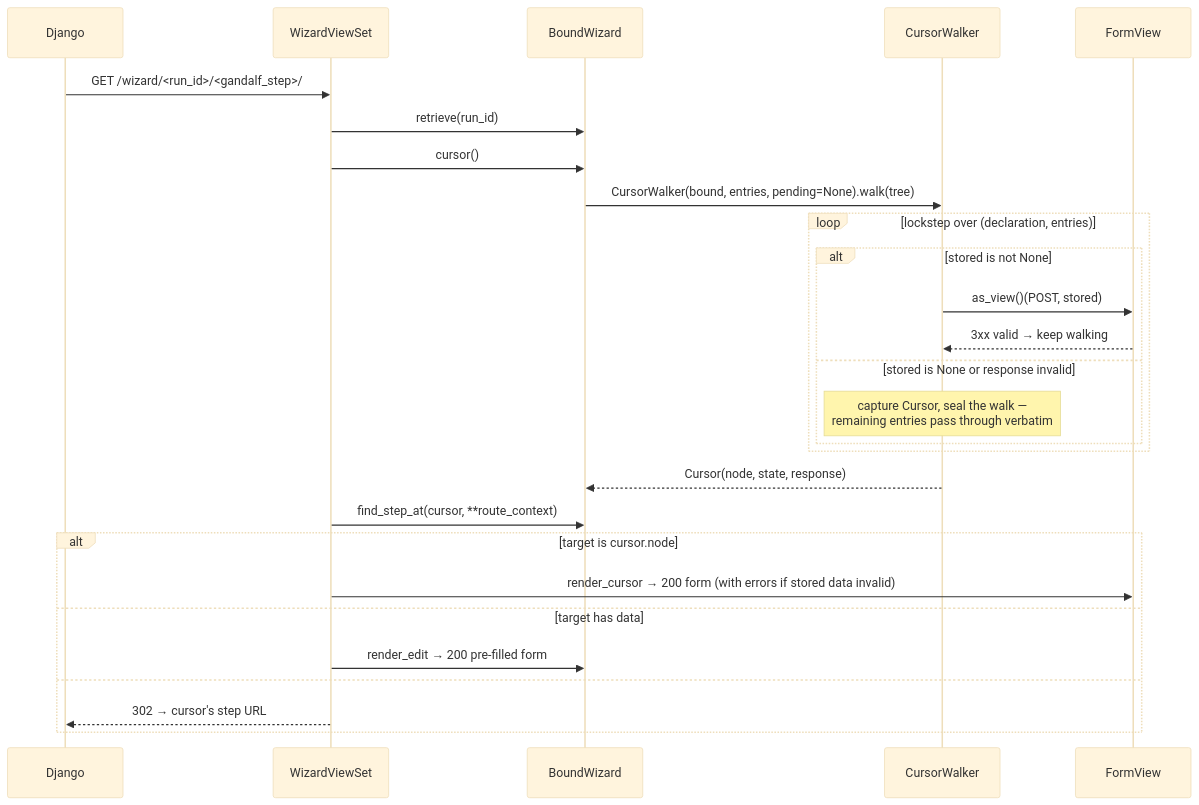
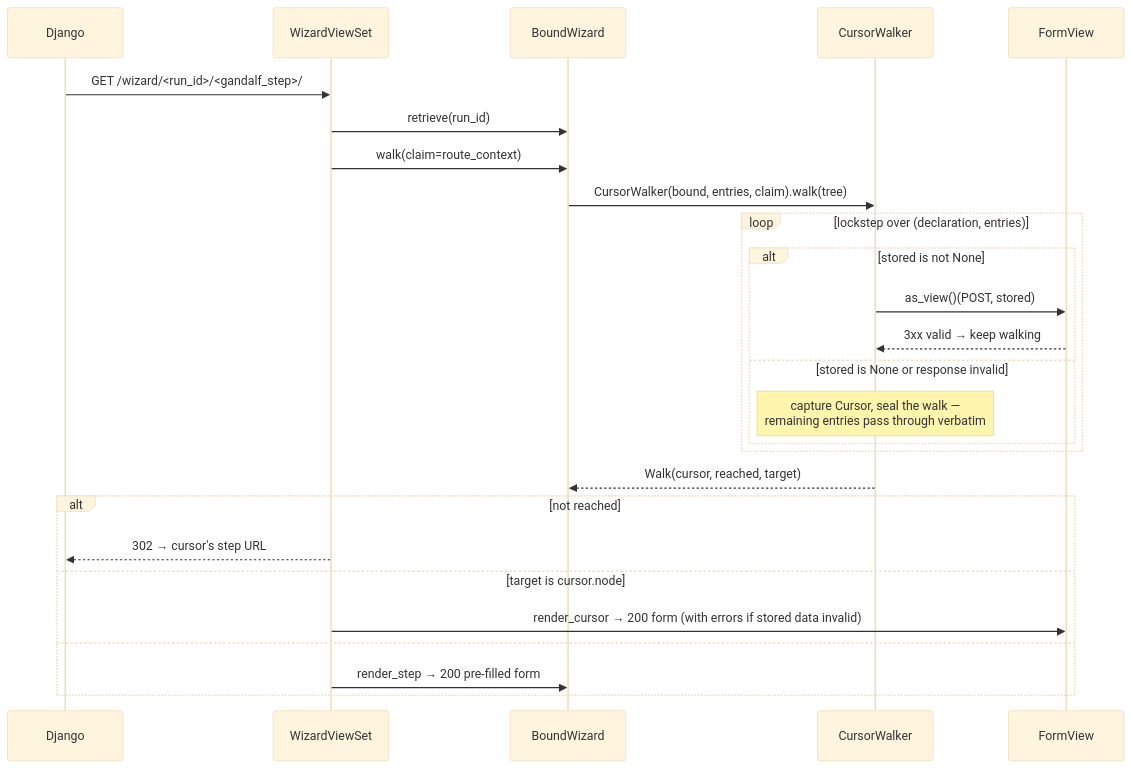
Before and after one commit to kevincarrogan/django-gandalf: the fourth of 5 diagrams in ARCHITECTURE.md, drawn with Mermaid (base theme). The commit also changed other lines of this file and 12 other files, not shown here.

````diff
--- a/ARCHITECTURE.md
+++ b/ARCHITECTURE.md
@@ -142,30 +142,29 @@
 ```mermaid
 sequenceDiagram
     participant Django
     participant WVS as WizardViewSet
     participant BW as BoundWizard
     participant CWK as CursorWalker
     participant FV as FormView
 
     Django->>WVS: GET /wizard/<run_id>/<gandalf_step>/
     WVS->>BW: retrieve(run_id)
-    WVS->>BW: cursor()
-    BW->>CWK: CursorWalker(bound, entries, pending=None).walk(tree)
+    WVS->>BW: walk(claim=route_context)
+    BW->>CWK: CursorWalker(bound, entries, claim).walk(tree)
     loop lockstep over (declaration, entries)
         alt stored is not None
             CWK->>FV: as_view()(POST, stored)
             FV-->>CWK: 3xx valid → keep walking
         else stored is None or response invalid
             Note over CWK: capture Cursor, seal the walk —<br/>remaining entries pass through verbatim
         end
     end
-    CWK-->>BW: Cursor(node, state, response)
-    WVS->>BW: find_step_at(cursor, **route_context)
-    alt target is cursor.node
+    CWK-->>BW: Walk(cursor, reached, target)
+    alt not reached
+        WVS-->>Django: 302 → cursor's step URL
+    else target is cursor.node
         WVS->>FV: render_cursor → 200 form (with errors if stored data invalid)
-    else target has data
-        WVS->>BW: render_edit → 200 pre-filled form
     else
-        WVS-->>Django: 302 → cursor's step URL
+        WVS->>BW: render_step → 200 pre-filled form
     end
 ```
````
